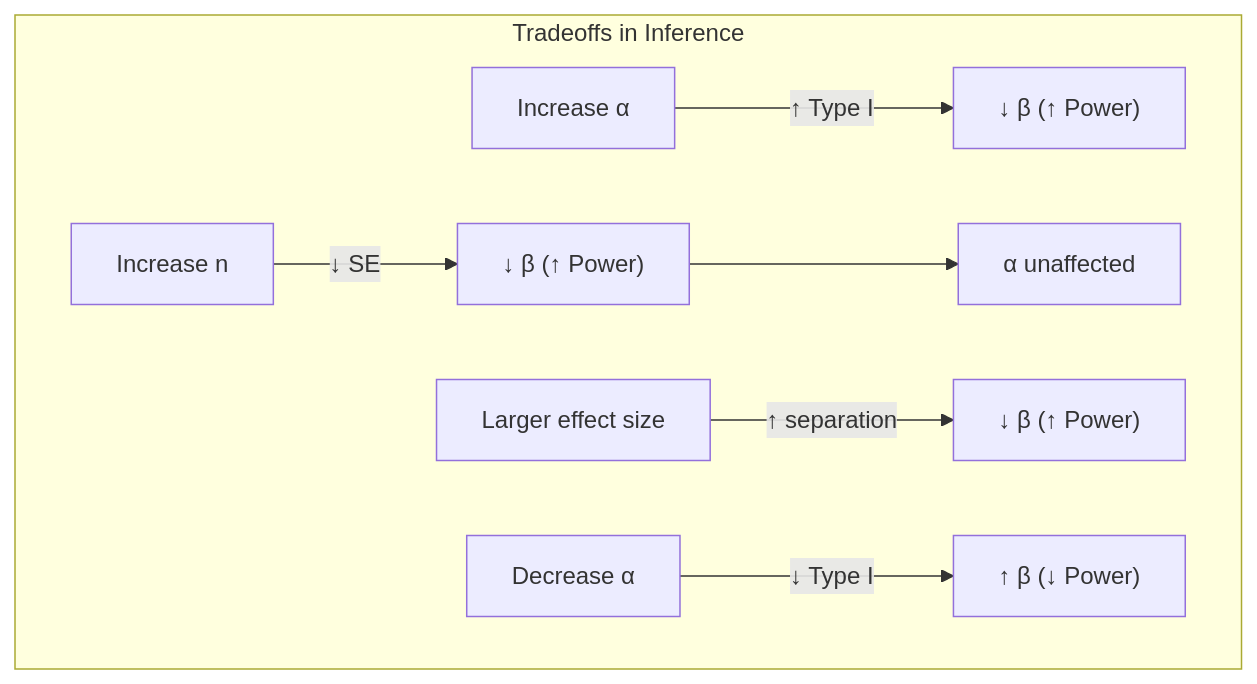
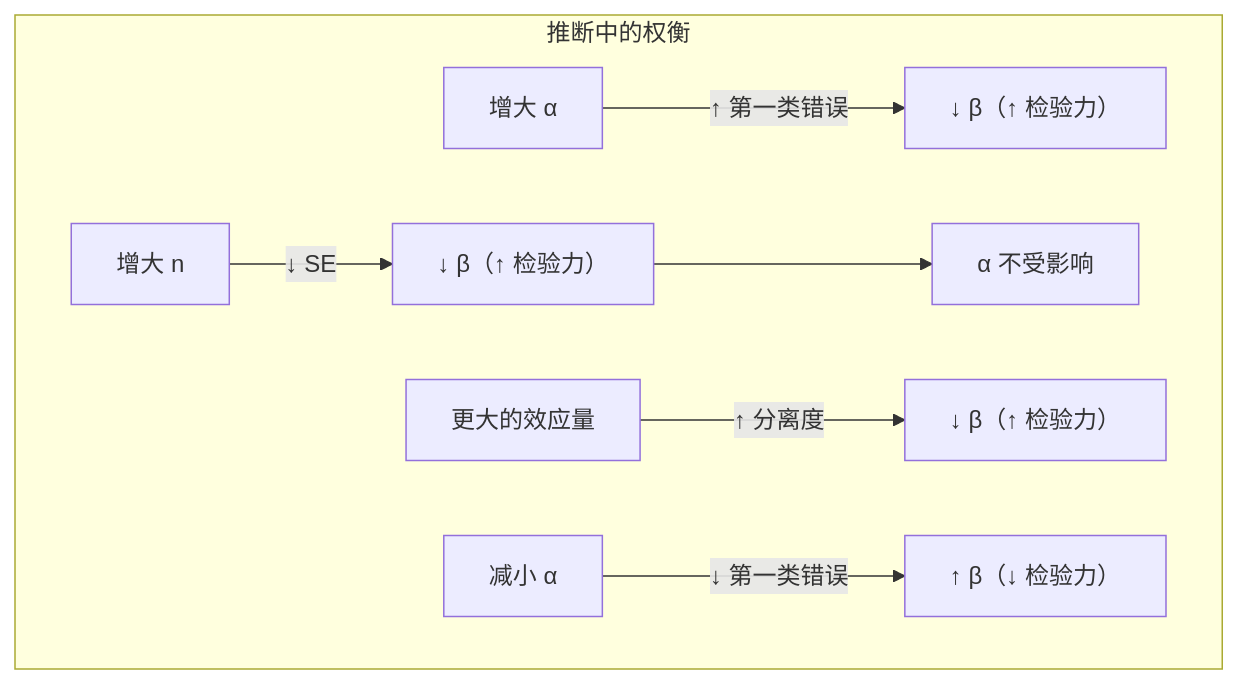
The first of 2 diagrams in Math/Statistics/AP_Statistics/Type_I_and_II_Errors.md (xieguaiwu/Notes), drawn with Mermaid before and after one commit. The commit also changed other lines of this file and 30 other files, not shown here.

Commit message:
obsidian-note-generation: translate all AP Statistics notes to Chinese, fix format issues (H1, --- separators, Unicode→LaTeX), add chart types review note

````diff
--- a/Math/Statistics/AP_Statistics/Type_I_and_II_Errors.md
+++ b/Math/Statistics/AP_Statistics/Type_I_and_II_Errors.md
@@ -75,10 +65,10 @@
 ```mermaid
 flowchart TB
-    subgraph Tradeoffs["Tradeoffs in Inference"]
-        A["Increase α"] -->|"↑ Type I"| B["↓ β (↑ Power)"]
-        C["Increase n"] -->|"↓ SE"| D["↓ β (↑ Power)"]
-        D --> E["α unaffected"]
-        F["Larger effect size"] -->|"↑ separation"| G["↓ β (↑ Power)"]
-        H["Decrease α"] -->|"↓ Type I"| I["↑ β (↓ Power)"]
+    subgraph Tradeoffs["推断中的权衡"]
+        A["增大 α"] -->|"↑ 第一类错误"| B["↓ β（↑ 检验力）"]
+        C["增大 n"] -->|"↓ SE"| D["↓ β（↑ 检验力）"]
+        D --> E["α 不受影响"]
+        F["更大的效应量"] -->|"↑ 分离度"| G["↓ β（↑ 检验力）"]
+        H["减小 α"] -->|"↓ 第一类错误"| I["↑ β（↓ 检验力）"]
     end
 ```
````
